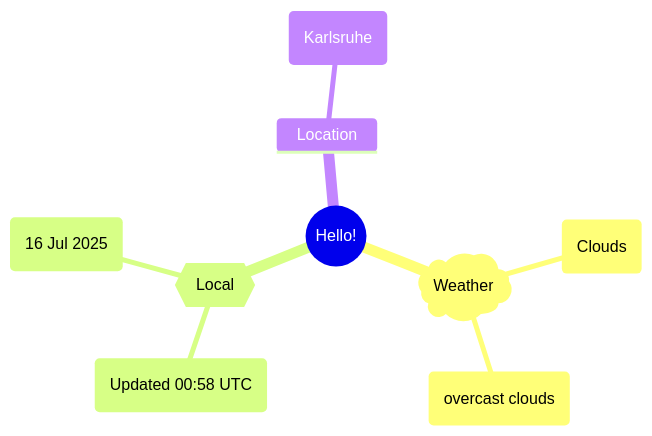
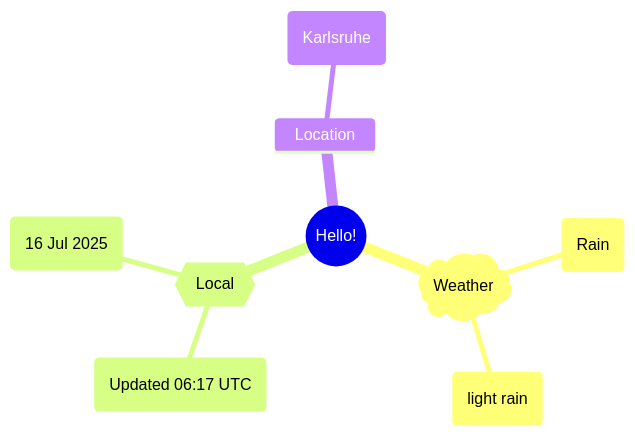
One commit to Xosrov/Xosrov changed the first of 2 diagrams in README.md. Above: the diagram before and after it, drawn with Mermaid.

Commit message:
[bot] updated images

````diff
--- a/README.md
+++ b/README.md
@@ -3,12 +3,12 @@
 ```mermaid
 mindmap
   root((Hello!))
     )Weather(
-        (Clouds)
-        (overcast clouds)
+        (Rain)
+        (light rain)
     {{Local}}
-        (Updated 00:58 UTC)
+        (Updated 06:17 UTC)
         (16 Jul 2025)
     Location
         (Karlsruhe)
 ```
````
